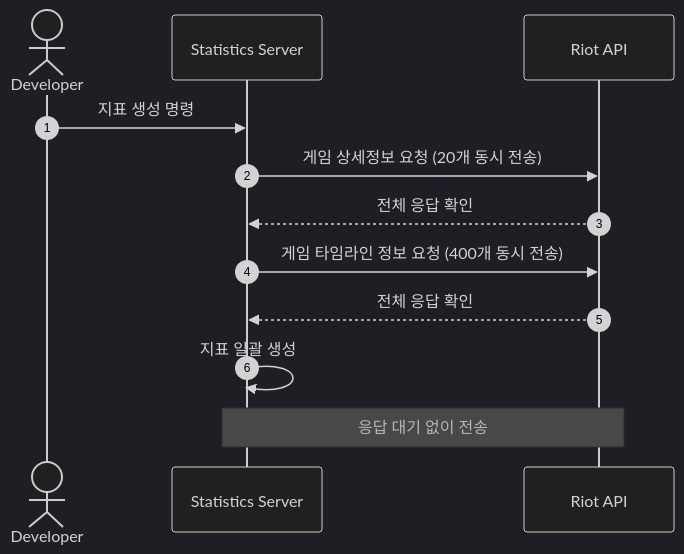
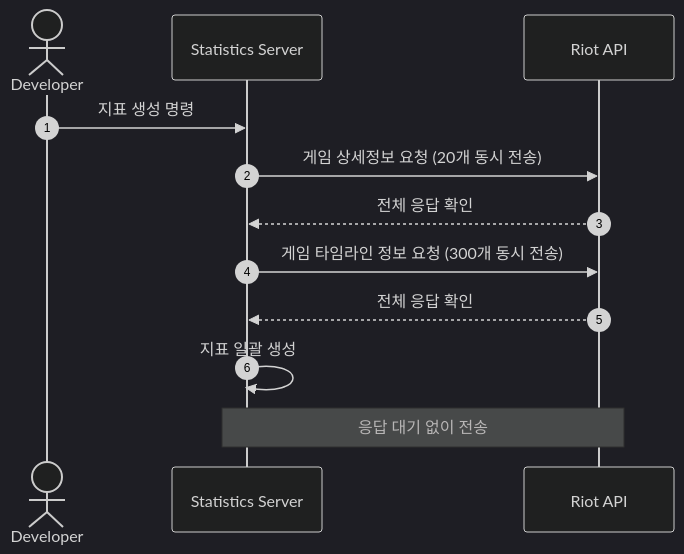
One commit to leaf-nam/portfolio changed the diagram in assets/docs/async-metric-flow.mmd. Above: the diagram before and after it, drawn with Mermaid (dark theme). The commit also changed 1 other file, not shown here.

Commit message:
fix: timeline 300 concurrent (15 each)

```diff
--- a/assets/docs/async-metric-flow.mmd
+++ b/assets/docs/async-metric-flow.mmd
@@ -1,14 +1,14 @@
 sequenceDiagram
-    %% 개선된 지표 생성과정: 상세 20개·타임라인 400개 동시 전송 (초안)
+    %% 개선된 지표 생성과정: 상세 20개·타임라인 300개 동시 전송 (초안)
     %% 미리보기: https://mermaid.live 에 붙여넣기
     autonumber
     actor D as Developer
     participant S as Statistics Server
     participant R as Riot API
     D->>S: 지표 생성 명령
     S->>R: 게임 상세정보 요청 (20개 동시 전송)
     R-->>S: 전체 응답 확인
-    S->>R: 게임 타임라인 정보 요청 (400개 동시 전송)
+    S->>R: 게임 타임라인 정보 요청 (300개 동시 전송)
     R-->>S: 전체 응답 확인
     S->>S: 지표 일괄 생성
     Note over S,R: 응답 대기 없이 전송
```
